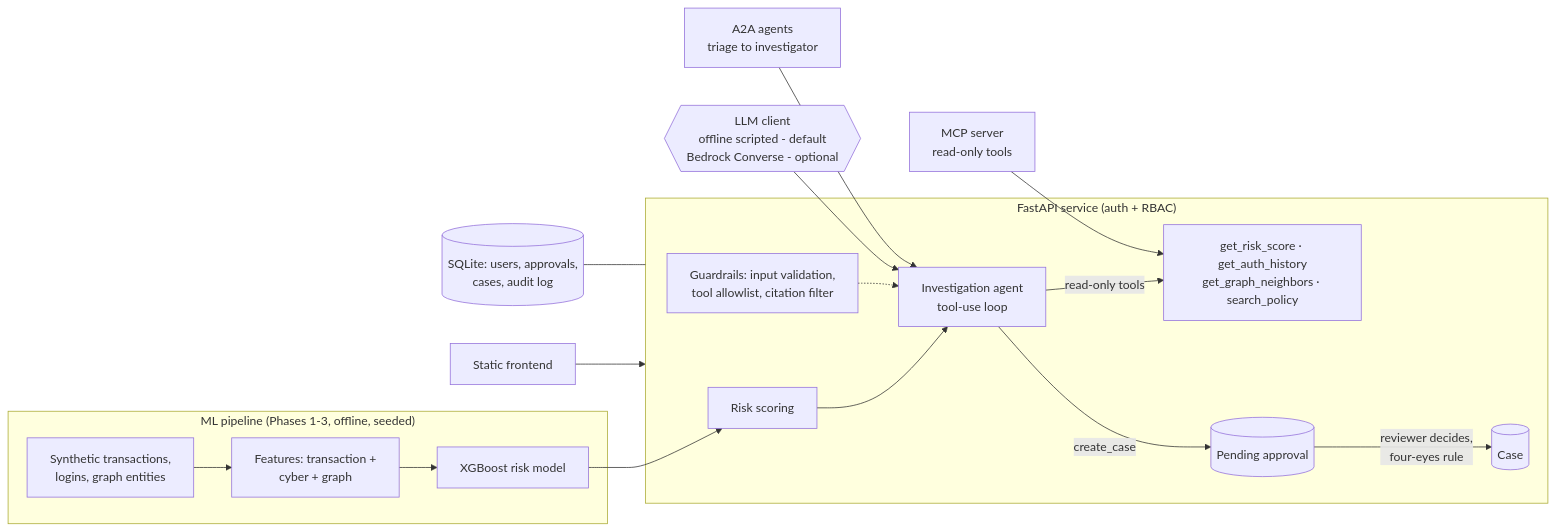
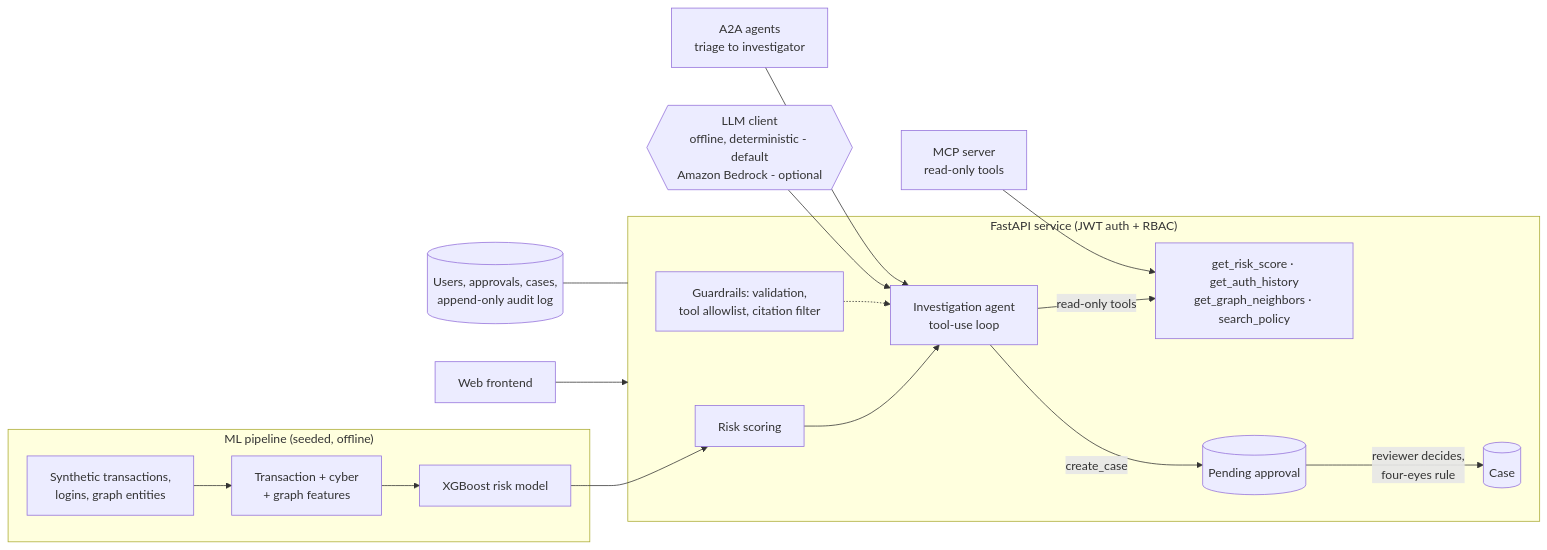
One commit to Danyy41/bankshield-ai changed the diagram in README.md. Above: the diagram before and after it, drawn with Mermaid. The commit also changed other lines of this file and 2 other files, not shown here.

First line of the commit message:
Rewrite the README as a concise, offline-first project overview

````diff
--- a/README.md
+++ b/README.md
@@ -36,20 +40,20 @@
 ```mermaid
 flowchart LR
-    subgraph ML["ML pipeline (Phases 1-3, offline, seeded)"]
-        D[Synthetic transactions,<br/>logins, graph entities] --> F[Features: transaction +<br/>cyber + graph]
+    subgraph ML["ML pipeline (seeded, offline)"]
+        D[Synthetic transactions,<br/>logins, graph entities] --> F[Transaction + cyber<br/>+ graph features]
         F --> M[XGBoost risk model]
     end
-    subgraph API["FastAPI service (auth + RBAC)"]
+    subgraph API["FastAPI service (JWT auth + RBAC)"]
         R[Risk scoring] --> AG[Investigation agent<br/>tool-use loop]
         AG -->|read-only tools| T[get_risk_score · get_auth_history<br/>get_graph_neighbors · search_policy]
         AG -->|create_case| P[(Pending approval)]
         P -->|reviewer decides,<br/>four-eyes rule| C[(Case)]
-        G[Guardrails: input validation,<br/>tool allowlist, citation filter] -.-> AG
+        G[Guardrails: validation,<br/>tool allowlist, citation filter] -.-> AG
     end
     M --> R
-    LLM{{LLM client<br/>offline scripted - default<br/>Bedrock Converse - optional}} --> AG
-    UI[Static frontend] --> API
+    LLM{{LLM client<br/>offline, deterministic - default<br/>Amazon Bedrock - optional}} --> AG
+    UI[Web frontend] --> API
     MCP[MCP server<br/>read-only tools] --> T
     A2A[A2A agents<br/>triage to investigator] --> AG
-    DB[(SQLite: users, approvals,<br/>cases, audit log)] --- API
+    DB[(Users, approvals, cases,<br/>append-only audit log)] --- API
 ```
````
